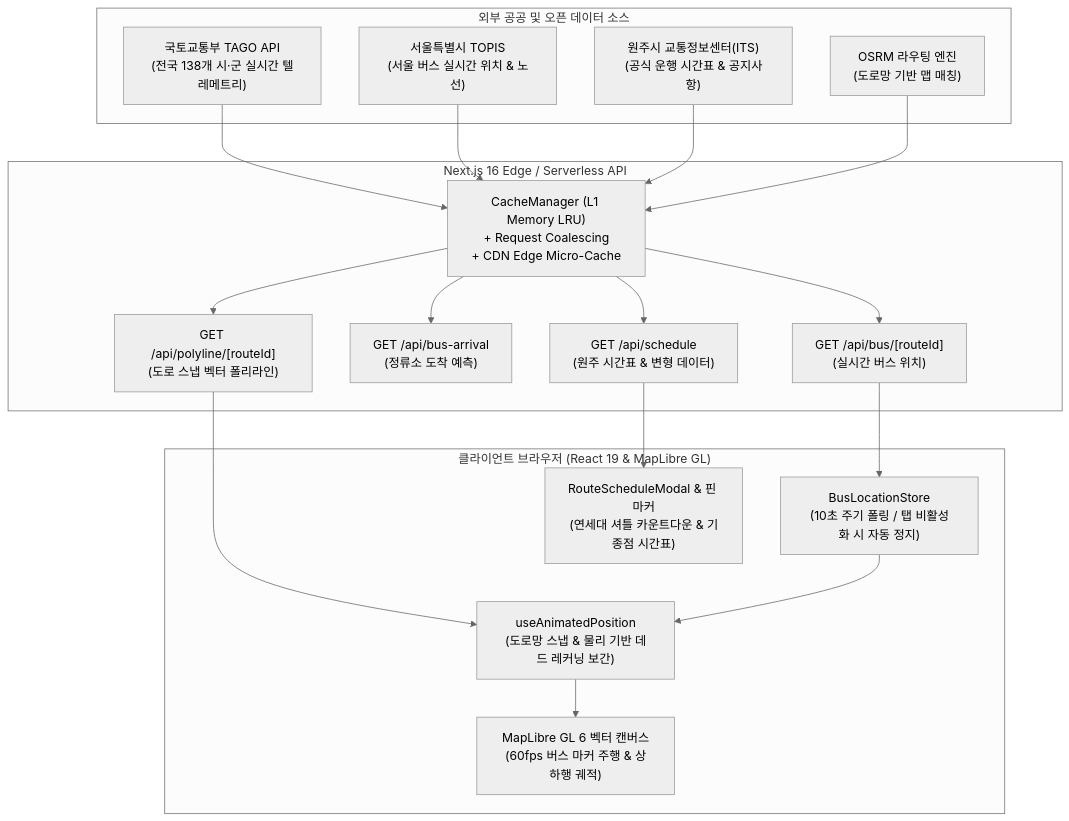
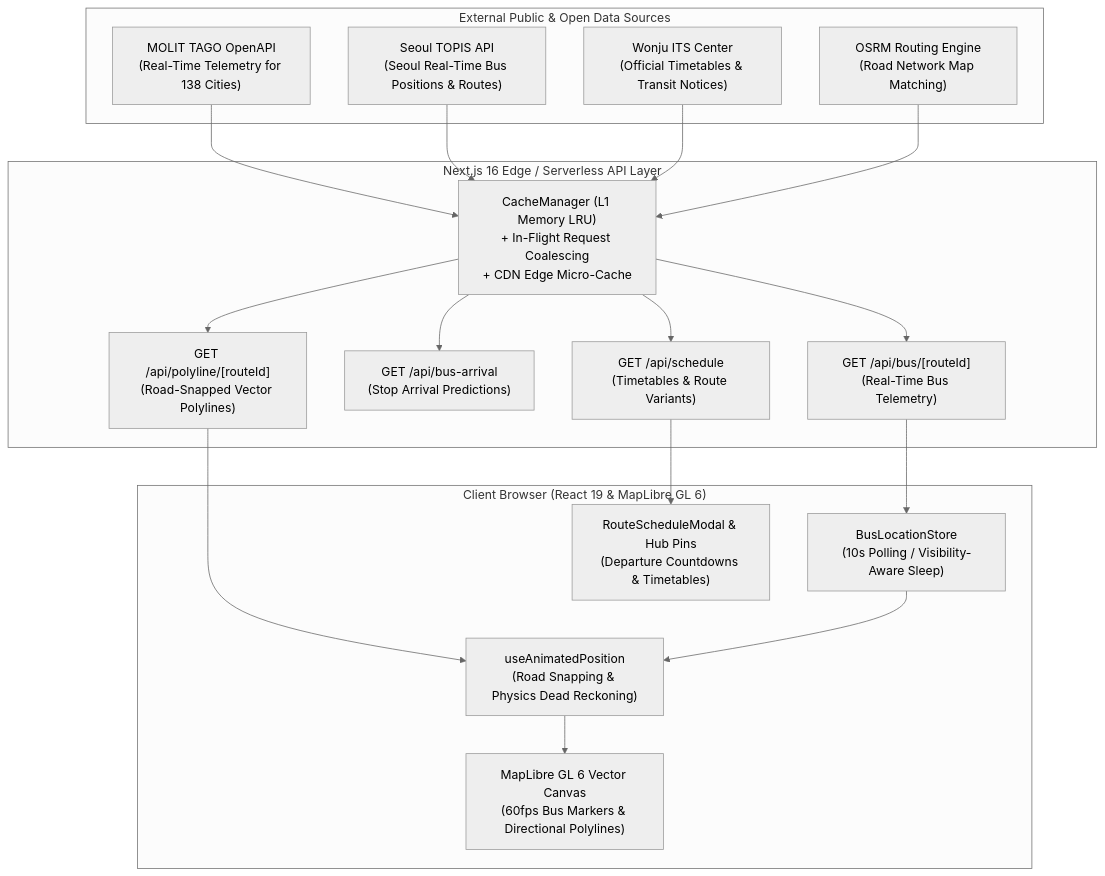
One commit to E414CF6/wBus changed the diagram in README.md. Above: the diagram before and after it, drawn with Mermaid (neutral theme). The commit also changed other lines of this file, not shown here.

````diff
--- a/README.md
+++ b/README.md
@@ -196,38 +202,38 @@
 ```mermaid
 flowchart TD
-  subgraph External["외부 공공 및 오픈 데이터 소스"]
-    TAGO["국토교통부 TAGO API<br/>(전국 138개 시·군 실시간 텔레메트리)"]
-    TOPIS["서울특별시 TOPIS<br/>(서울 버스 실시간 위치 & 노선)"]
-    WONJU_ITS["원주시 교통정보센터(ITS)<br/>(공식 운행 시간표 & 공지사항)"]
-    OSRM["OSRM 라우팅 엔진<br/>(도로망 기반 맵 매칭)"]
+  subgraph External["External Public & Open Data Sources"]
+    TAGO["MOLIT TAGO OpenAPI<br/>(Real-Time Telemetry for 138 Cities)"]
+    TOPIS["Seoul TOPIS API<br/>(Seoul Real-Time Bus Positions & Routes)"]
+    WONJU_ITS["Wonju ITS Center<br/>(Official Timetables & Transit Notices)"]
+    OSRM["OSRM Routing Engine<br/>(Road Network Map Matching)"]
   end
 
-  subgraph Serverless["Next.js 16 Edge / Serverless API"]
-    API_BUS["GET /api/bus/[routeId]<br/>(실시간 버스 위치)"]
-    API_ARR["GET /api/bus-arrival<br/>(정류소 도착 예측)"]
-    API_SCHED["GET /api/schedule<br/>(원주 시간표 & 변형 데이터)"]
-    API_POLY["GET /api/polyline/[routeId]<br/>(도로 스냅 벡터 폴리라인)"]
-    CACHE["CacheManager (L1 Memory LRU)<br/>+ Request Coalescing<br/>+ CDN Edge Micro-Cache"]
+  subgraph Serverless["Next.js 16 Edge / Serverless API Layer"]
+    API_BUS["GET /api/bus/[routeId]<br/>(Real-Time Bus Telemetry)"]
+    API_ARR["GET /api/bus-arrival<br/>(Stop Arrival Predictions)"]
+    API_SCHED["GET /api/schedule<br/>(Timetables & Route Variants)"]
+    API_POLY["GET /api/polyline/[routeId]<br/>(Road-Snapped Vector Polylines)"]
+    CACHE["CacheManager (L1 Memory LRU)<br/>+ In-Flight Request Coalescing<br/>+ CDN Edge Micro-Cache"]
   end
 
-  subgraph Client["클라이언트 브라우저 (React 19 & MapLibre GL)"]
-    STORE["BusLocationStore<br/>(10초 주기 폴링 / 탭 비활성화 시 자동 정지)"]
-    PHYSICS["useAnimatedPosition<br/>(도로망 스냅 & 물리 기반 데드 레커닝 보간)"]
-    MAP_VIEW["MapLibre GL 6 벡터 캔버스<br/>(60fps 버스 마커 주행 & 상하행 궤적)"]
-    MODAL_VIEW["RouteScheduleModal & 핀 마커<br/>(연세대 셔틀 카운트다운 & 기종점 시간표)"]
+  subgraph Client["Client Browser (React 19 & MapLibre GL 6)"]
+    STORE["BusLocationStore<br/>(10s Polling / Visibility-Aware Sleep)"]
+    PHYSICS["useAnimatedPosition<br/>(Road Snapping & Physics Dead Reckoning)"]
+    MAP_VIEW["MapLibre GL 6 Vector Canvas<br/>(60fps Bus Markers & Directional Polylines)"]
+    MODAL_VIEW["RouteScheduleModal & Hub Pins<br/>(Departure Countdowns & Timetables)"]
   end
 
   TAGO --> CACHE
   TOPIS --> CACHE
   WONJU_ITS --> CACHE
   OSRM --> CACHE
   CACHE --> API_BUS
   CACHE --> API_ARR
   CACHE --> API_SCHED
   CACHE --> API_POLY
   API_BUS --> STORE
   API_POLY --> PHYSICS
   STORE --> PHYSICS
   PHYSICS --> MAP_VIEW
   API_SCHED --> MODAL_VIEW
 ```
````
